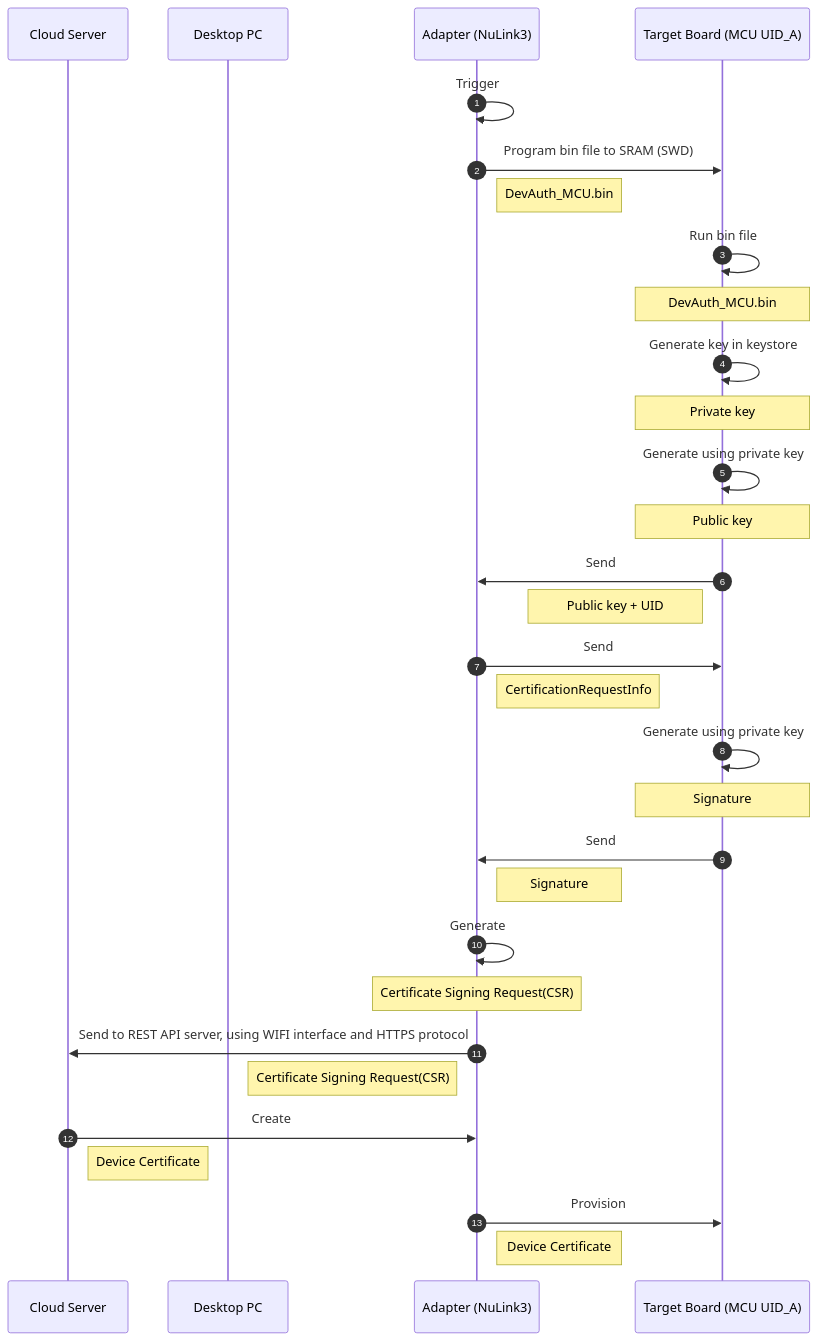
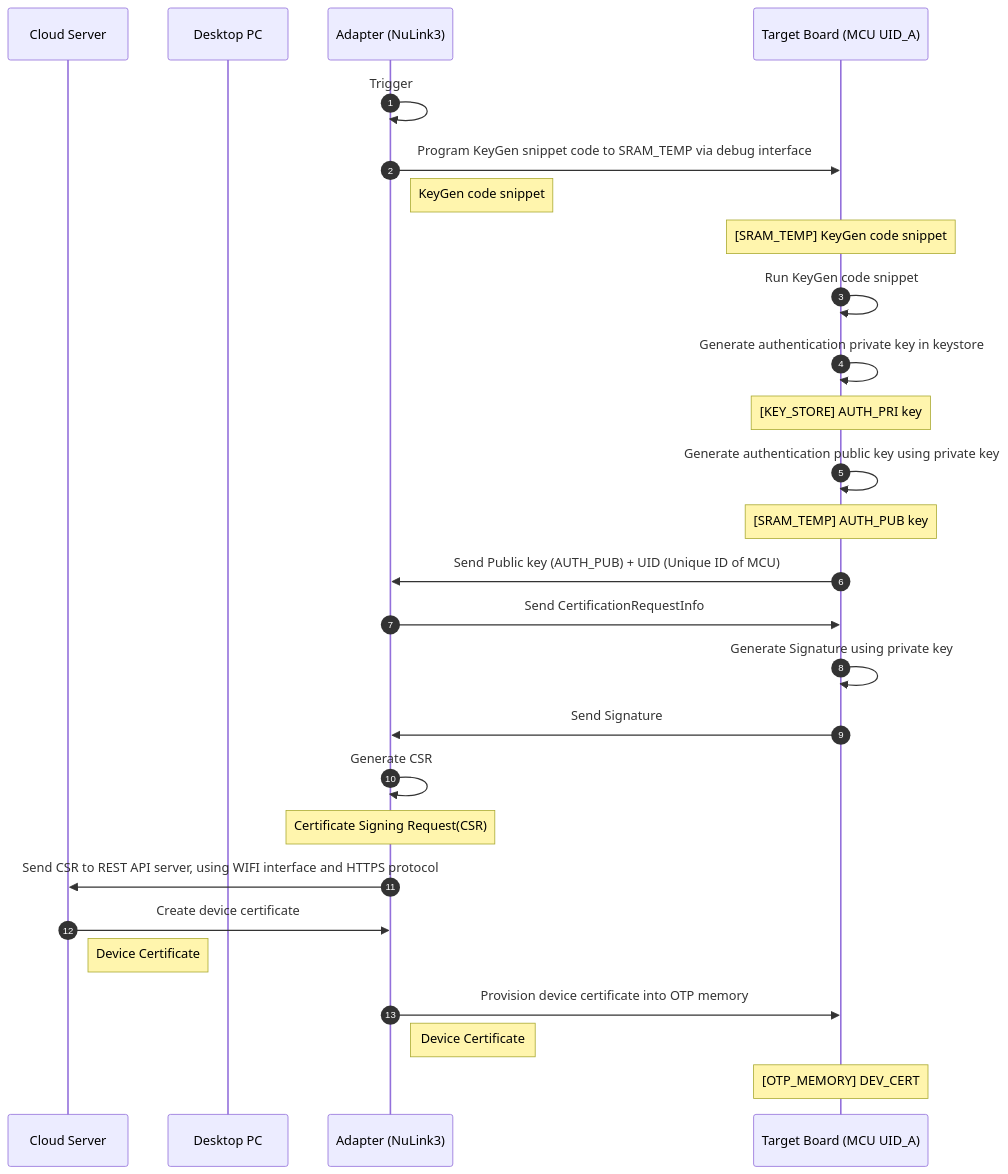
Before and after one commit to ccma1120/NuSEC_System: the diagram in device_authentication_provision.md, drawn with Mermaid.

````diff
--- a/device_authentication_provision.md
+++ b/device_authentication_provision.md
@@ -1,33 +1,29 @@
 ```mermaid
 sequenceDiagram
     autonumber
     participant c as Cloud Server
     participant d as Desktop PC
     participant a as Adapter (NuLink3)
     participant t as Target Board (MCU UID_A)
     a ->> a : Trigger
-    a ->> t : Program bin file to SRAM (SWD)
-    Note right of a: DevAuth_MCU.bin
-    t ->> t : Run bin file
-    Note over t: DevAuth_MCU.bin
-    t ->> t : Generate key in keystore
-    Note over t: Private key
-    t ->> t : Generate using private key
-    Note over t: Public key
-    t ->> a : Send
-    Note left of t: Public key + UID
-    a ->> t : Send
-    Note right of a: CertificationRequestInfo
-    t ->> t : Generate using private key
-    Note over t: Signature
-    t ->> a : Send
-    Note right of a: Signature
-    a ->> a : Generate
+    a ->> t : Program KeyGen snippet code to SRAM_TEMP via debug interface 
+    Note right of a: KeyGen code snippet 
+    Note over t: [SRAM_TEMP] KeyGen code snippet 
+    t ->> t : Run KeyGen code snippet 
+    t ->> t : Generate authentication private key in keystore
+    Note over t: [KEY_STORE] AUTH_PRI key
+    t ->> t : Generate authentication public key using private key 
+    Note over t: [SRAM_TEMP] AUTH_PUB key
+    t ->> a : Send Public key (AUTH_PUB) + UID (Unique ID of MCU)
+    a ->> t : Send CertificationRequestInfo    
+    t ->> t : Generate Signature using private key
+    t ->> a : Send Signature
+    a ->> a : Generate CSR
     Note over a: Certificate Signing Request(CSR)
-    a ->> c : Send to REST API server, using WIFI interface and HTTPS protocol
-    Note left of a : Certificate Signing Request(CSR)
-    c ->> a : Create
+    a ->> c : Send CSR to REST API server, using WIFI interface and HTTPS protocol
+    c ->> a : Create device certificate
     Note right of c: Device Certificate
-    a ->> t : Provision
+    a ->> t : Provision device certificate into OTP memory 
     Note right of a: Device Certificate
+    Note over t: [OTP_MEMORY] DEV_CERT
 ```
````
